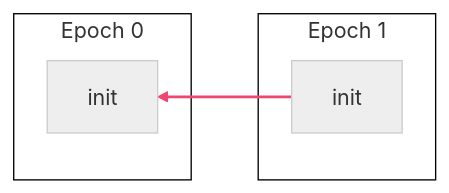
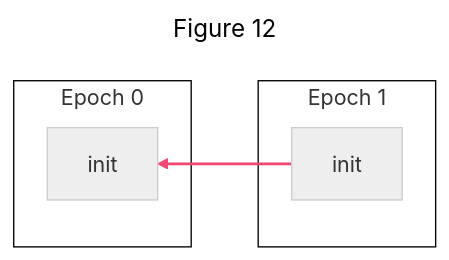
One commit to ssbc/ssb-group-exclusion-spec changed diagram 12 of 14 in README.md. Above: the diagram before and after it, drawn with Mermaid (neutral theme). The commit also changed other lines of this file, not shown here.

````diff
--- a/README.md
+++ b/README.md
@@ -596,19 +635,22 @@
 ```mermaid
+---
+title: Figure 12
+---
 flowchart RL
 
 subgraph epoch_0[Epoch 0]
   0_init[init]
 end
 
 subgraph epoch_1[Epoch 1]
   1_init[init]
 end
 
 %% epoch tangle
 1_init --> 0_init
 linkStyle 0 stroke:#EF476F,stroke-width:2;
 
 
 classDef default stroke:#ccc,fill:#eee,color:#333;
 classDef cluster fill:#fff,stroke:#000,color:#333;
 ```
````
